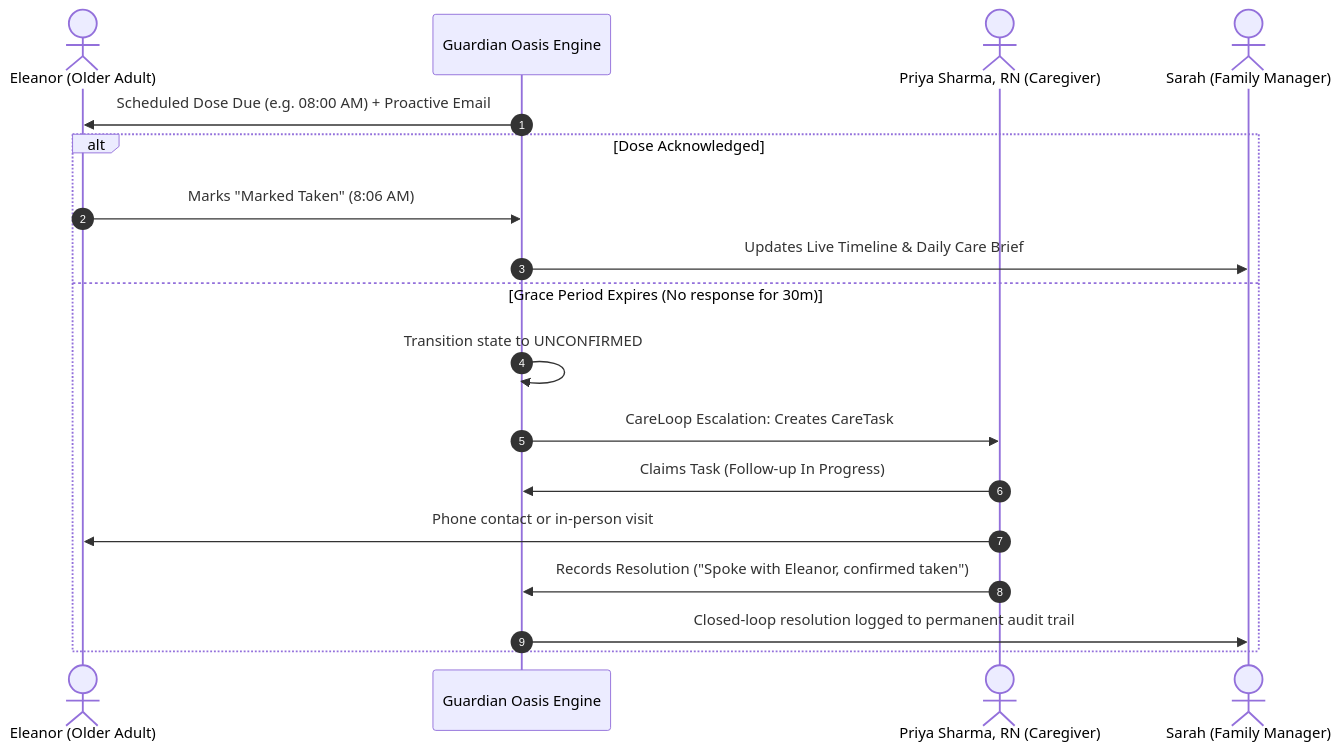
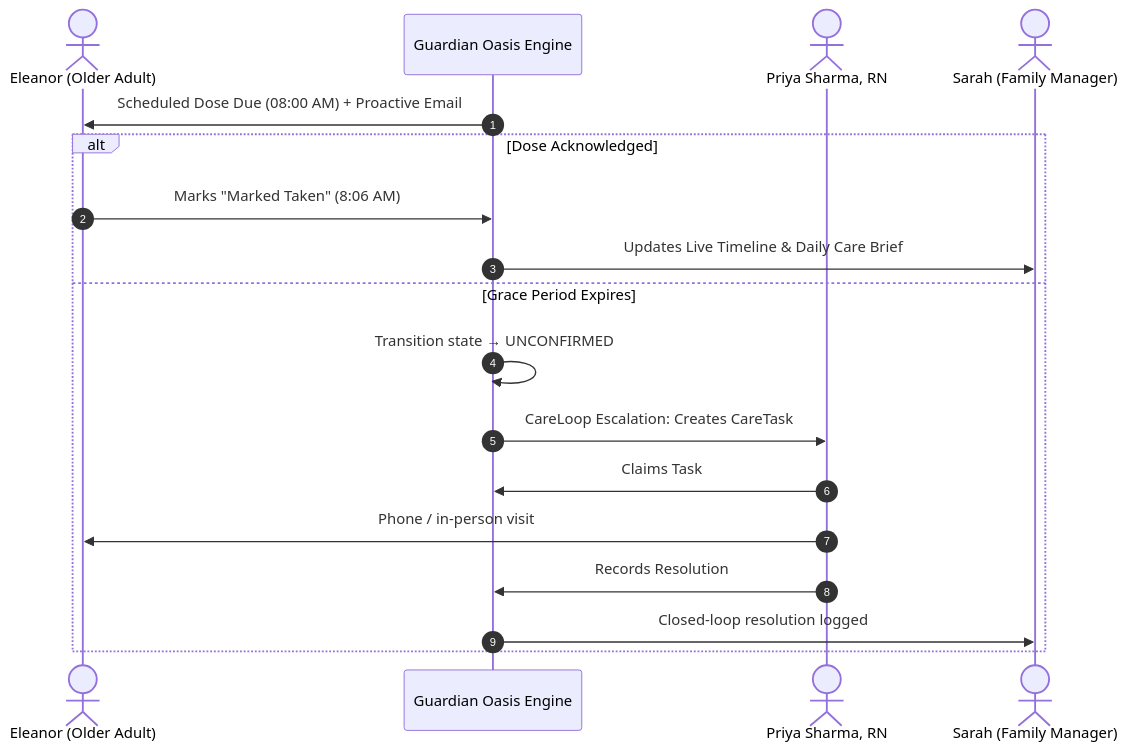
The second of 2 diagrams in README.md (bhavesh-patil2007/catalyst-hackathon), drawn with Mermaid before and after one commit. The commit also changed other lines of this file and 26 other files, not shown here.

Commit message:
feat: complete MedSutra AI, Caregiver Wellbeing, session auth, email notifications, Docker, and full documentation

````diff
--- a/README.md
+++ b/README.md
@@ -41,21 +136,21 @@
 ```mermaid
 sequenceDiagram
     autonumber
     actor Elder as Eleanor (Older Adult)
     participant Engine as Guardian Oasis Engine
-    actor Caregiver as Priya Sharma, RN (Caregiver)
+    actor Caregiver as Priya Sharma, RN
     actor Family as Sarah (Family Manager)
 
-    Engine->>Elder: Scheduled Dose Due (e.g. 08:00 AM) + Proactive Email
+    Engine->>Elder: Scheduled Dose Due (08:00 AM) + Proactive Email
     alt Dose Acknowledged
         Elder->>Engine: Marks "Marked Taken" (8:06 AM)
         Engine->>Family: Updates Live Timeline & Daily Care Brief
-    else Grace Period Expires (No response for 30m)
-        Engine->>Engine: Transition state to UNCONFIRMED
-        Engine->>Caregiver: CareLoop Escalation: Creates CareTask #C-101 + Email Alert
-        Caregiver->>Engine: Claims Task (Follow-up In Progress)
-        Caregiver->>Elder: Phone contact or in-person visit
-        Caregiver->>Engine: Records Resolution ("Spoke with Eleanor, confirmed taken")
-        Engine->>Family: Closed-loop resolution logged to permanent audit trail
+    else Grace Period Expires
+        Engine->>Engine: Transition state → UNCONFIRMED
+        Engine->>Caregiver: CareLoop Escalation: Creates CareTask #C-101
+        Caregiver->>Engine: Claims Task
+        Caregiver->>Elder: Phone / in-person visit
+        Caregiver->>Engine: Records Resolution
+        Engine->>Family: Closed-loop resolution logged
     end
 ```
````
